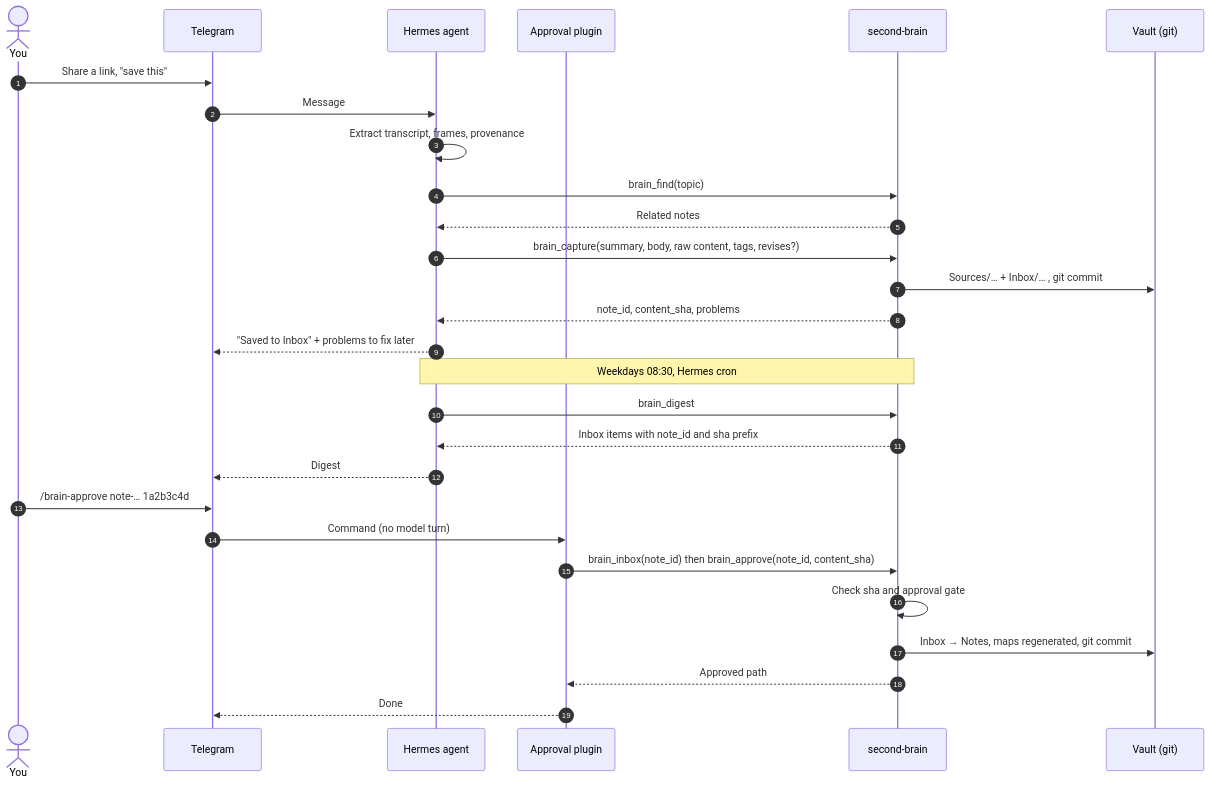
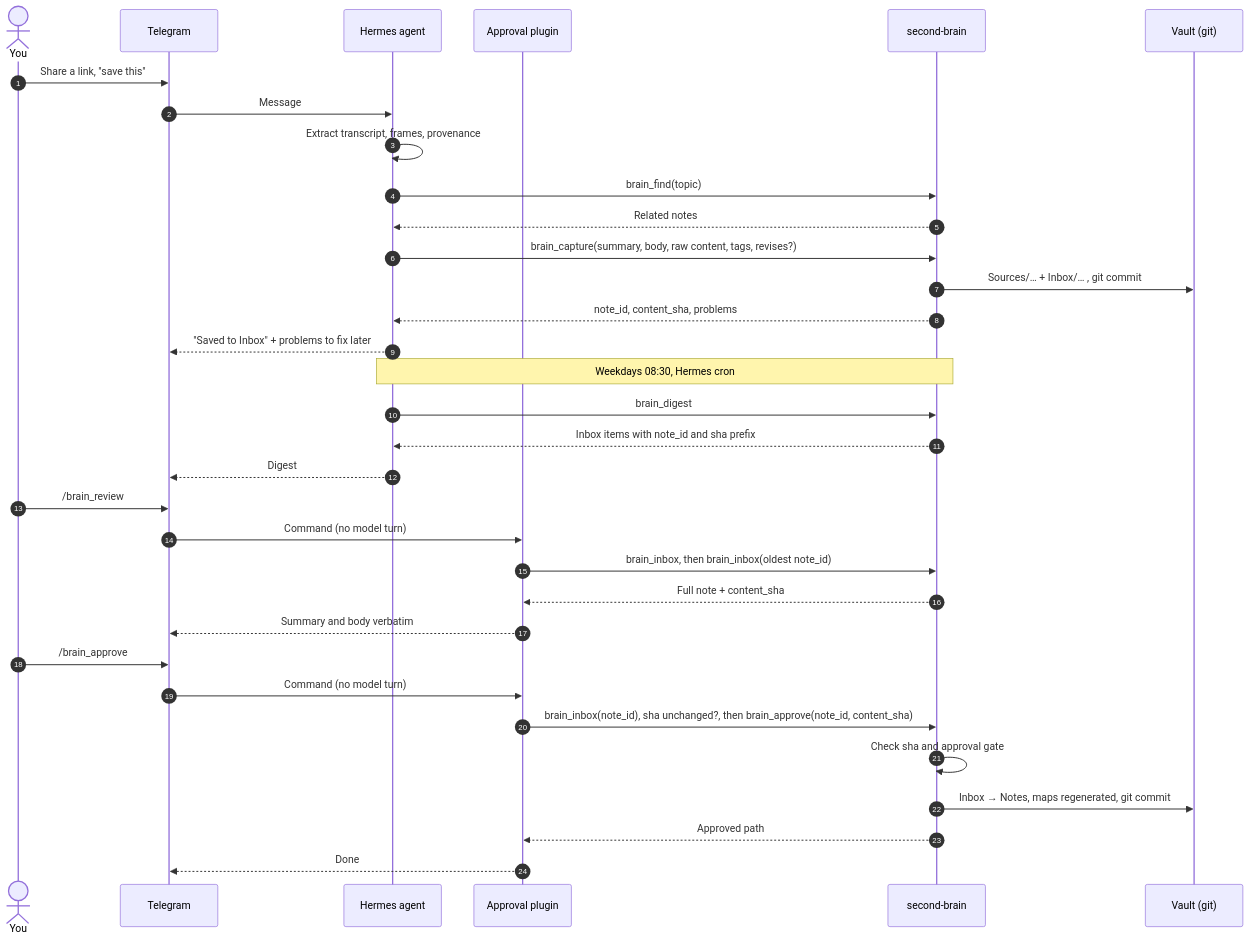
Before and after one commit to 0xSenzel/second-brain-runtime: the fourth of 10 diagrams in docs/ARCHITECTURE.md, drawn with Mermaid. The commit also changed other lines of this file and 10 other files, not shown here.

````diff
--- a/docs/ARCHITECTURE.md
+++ b/docs/ARCHITECTURE.md
@@ -131,33 +131,38 @@
 ```mermaid
 sequenceDiagram
     autonumber
     actor You
     participant TG as Telegram
     participant H as Hermes agent
     participant P as Approval plugin
     participant B as second-brain
     participant V as Vault (git)
 
     You->>TG: Share a link, "save this"
     TG->>H: Message
     H->>H: Extract transcript, frames, provenance
     H->>B: brain_find(topic)
     B-->>H: Related notes
     H->>B: brain_capture(summary, body, raw content, tags, revises?)
     B->>V: Sources/… + Inbox/… , git commit
     B-->>H: note_id, content_sha, problems
     H-->>TG: "Saved to Inbox" + problems to fix later
 
     Note over H,B: Weekdays 08:30, Hermes cron
     H->>B: brain_digest
     B-->>H: Inbox items with note_id and sha prefix
     H-->>TG: Digest
 
-    You->>TG: /brain-approve note-… 1a2b3c4d
+    You->>TG: /brain_review
     TG->>P: Command (no model turn)
-    P->>B: brain_inbox(note_id) then brain_approve(note_id, content_sha)
+    P->>B: brain_inbox, then brain_inbox(oldest note_id)
+    B-->>P: Full note + content_sha
+    P-->>TG: Summary and body verbatim
+    You->>TG: /brain_approve
+    TG->>P: Command (no model turn)
+    P->>B: brain_inbox(note_id), sha unchanged?, then brain_approve(note_id, content_sha)
     B->>B: Check sha and approval gate
     B->>V: Inbox → Notes, maps regenerated, git commit
     B-->>P: Approved path
     P-->>TG: Done
 ```
````
